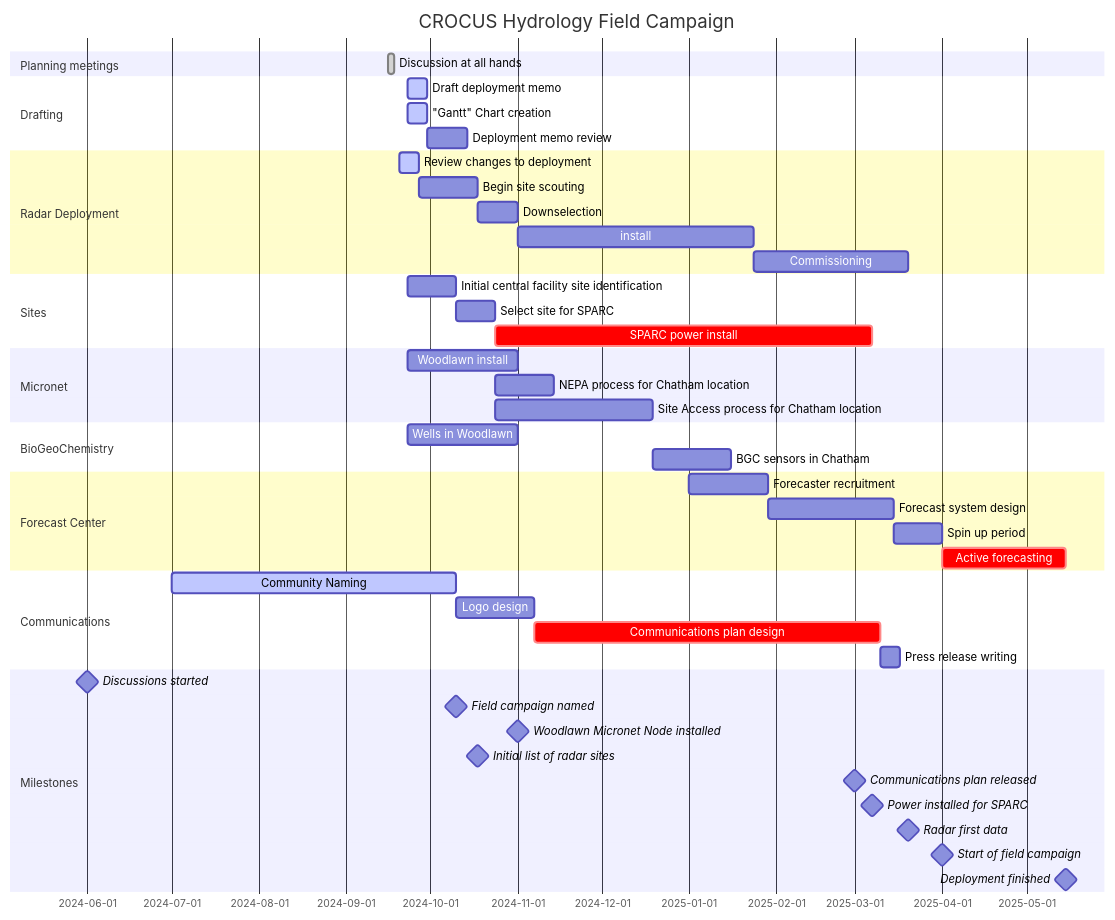
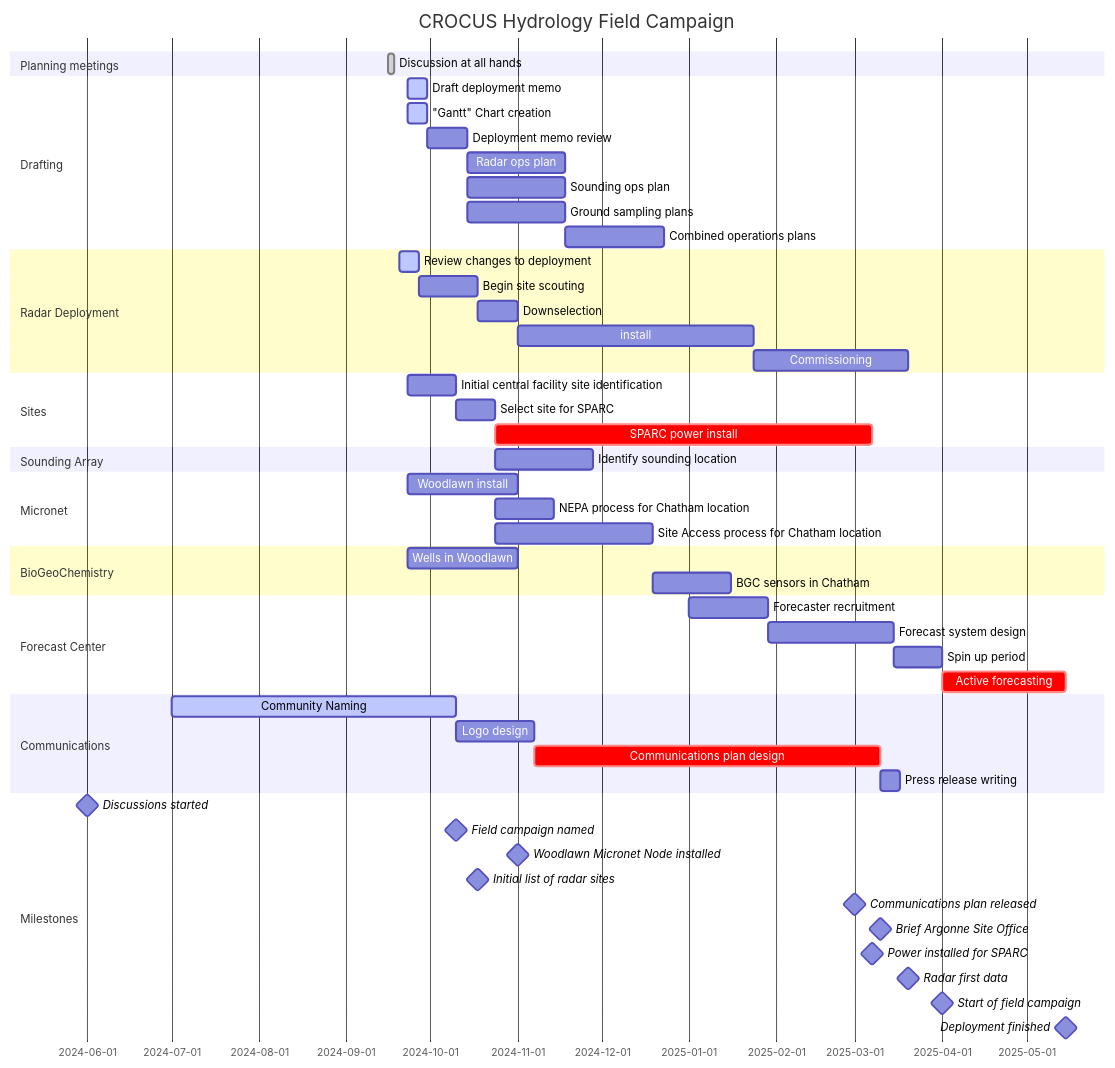
The diagram in test_my_hackmd.md (scollis/notebooks), drawn with Mermaid before and after one commit.

Commit message:
updates again

```diff
--- a/test_my_hackmd.md
+++ b/test_my_hackmd.md
@@ -33,7 +33,10 @@
 
 Deployment memo review :dmr1, after dm1, 2w
 
-  
+Radar ops plan : radar_operations, after dmr1, 5w
+Sounding ops plan : sounding_operations, after dmr1, 5w
+Ground sampling plans : ground_plans, after dmr1, 5w
+Combined operations plans: operations_plan, after ground_plans, 5w
 
 section Radar Deployment
 
@@ -55,7 +58,9 @@
 
 SPARC power install :crit, sparcinstall, after cfconfirm, until sparcpower
 
-  
+section Sounding Array
+Identify sounding location : soundsite, after cfconfirm, 5w
+
 
 section Micronet
 
@@ -111,6 +116,8 @@
 
 Communications plan released :milestone, comsplan, 2025-03-01, 0d
 
+Brief Argonne Site Office :milestone, ASO_briefing, 2025-03-10, 0d
+
 Power installed for SPARC :milestone, sparcpower, 2025-03-07, 0d
 
 Radar first data :milestone, radardata, 2025-03-20, 0d
```
